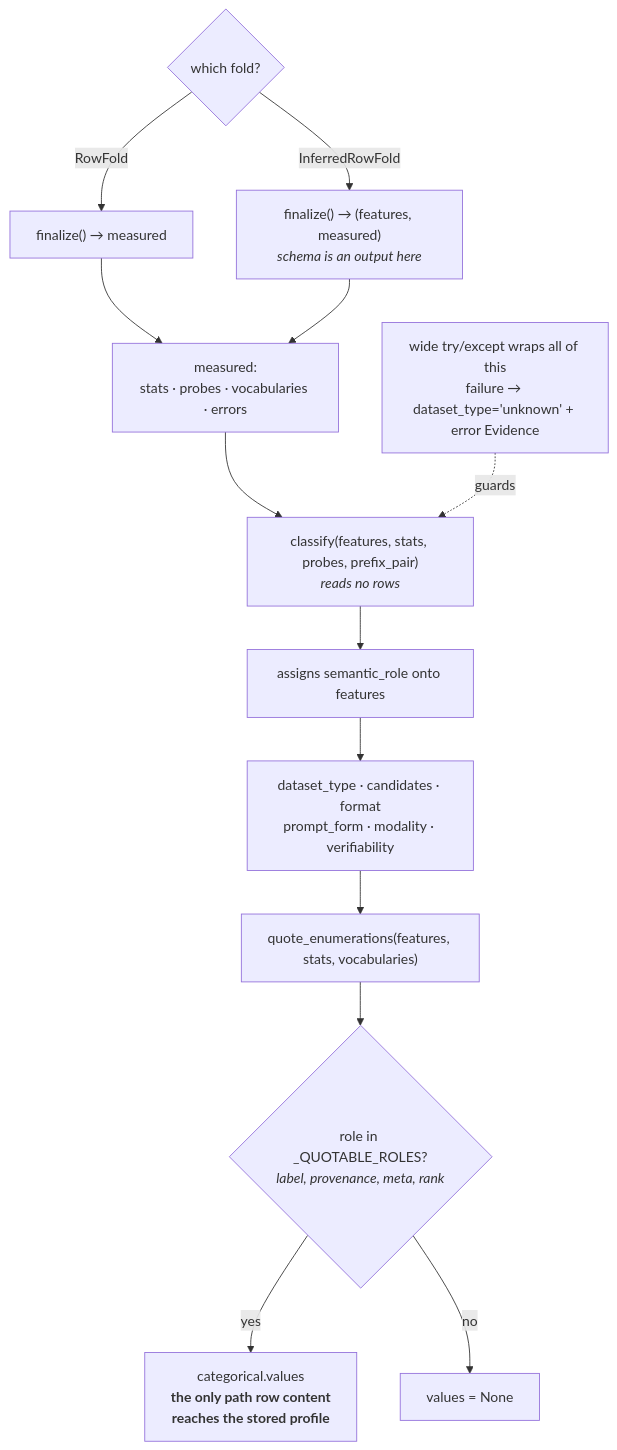
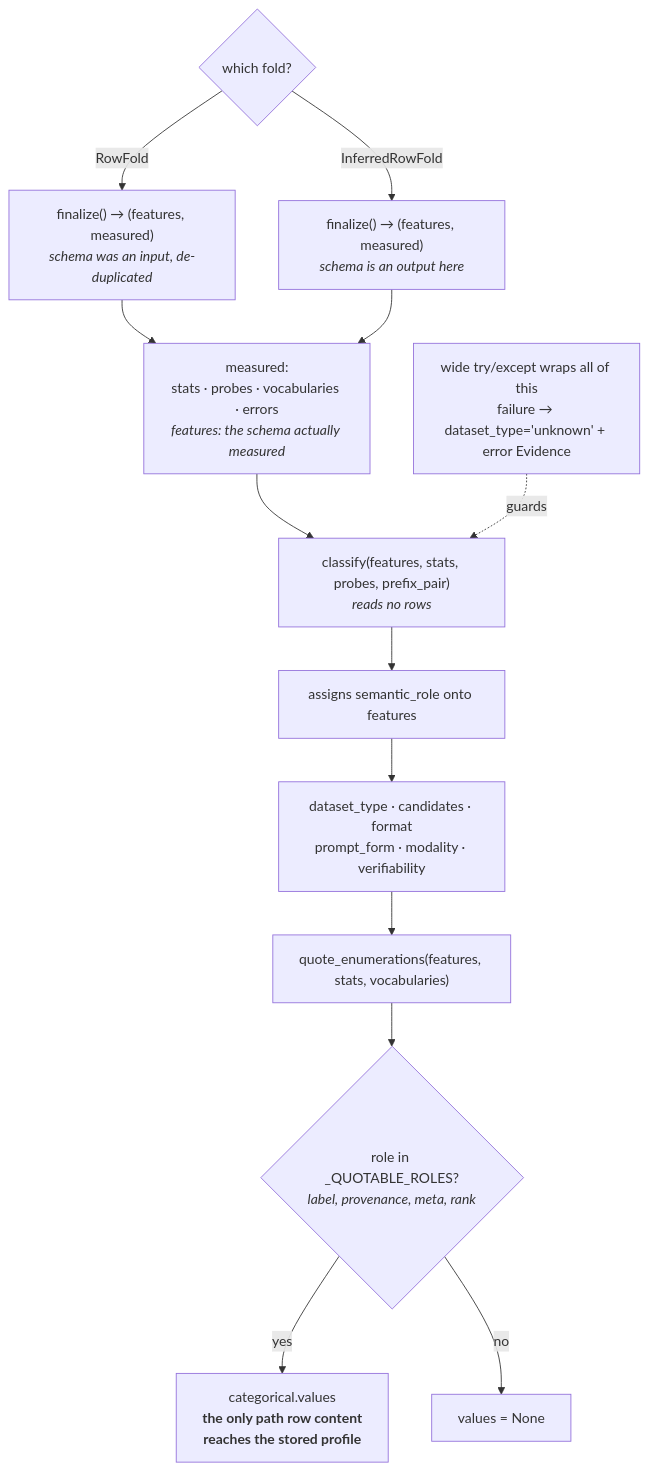
The third of 3 diagrams in plugins/nemo-datasets/README.md (NVIDIA-NeMo/nemo-platform), drawn with Mermaid before and after one commit. The commit also changed other lines of this file, not shown here.

First line of the commit message:
docs(datasets): explain the measurement layer before the diagrams

````diff
--- a/plugins/nemo-datasets/README.md
+++ b/plugins/nemo-datasets/README.md
@@ -132,21 +319,21 @@
 ```mermaid
 flowchart TD
     FIN{"which fold?"}
-    FIN -->|"RowFold"| F1["finalize() → measured"]
+    FIN -->|"RowFold"| F1["finalize() → (features, measured)<br/><i>schema was an input, de-duplicated</i>"]
     FIN -->|"InferredRowFold"| F2["finalize() → (features, measured)<br/><i>schema is an output here</i>"]
 
-    F1 --> M["measured:<br/>stats · probes · vocabularies · errors"]
+    F1 --> M["measured:<br/>stats · probes · vocabularies · errors<br/><i>features: the schema actually measured</i>"]
     F2 --> M
 
     M --> CLS["classify(features, stats, probes, prefix_pair)<br/><i>reads no rows</i>"]
     CLS --> ROLES["assigns semantic_role onto features"]
     ROLES --> AXES["dataset_type · candidates · format<br/>prompt_form · modality · verifiability"]
 
     AXES --> QUOTE["quote_enumerations(features, stats, vocabularies)"]
     QUOTE --> GATE{"role in _QUOTABLE_ROLES?<br/><i>label, provenance, meta, rank</i>"}
     GATE -->|"yes"| VALS["categorical.values<br/><b>the only path row content<br/>reaches the stored profile</b>"]
     GATE -->|"no"| NONE["values = None"]
 
     GUARD["wide try/except wraps all of this<br/>failure → dataset_type='unknown' + error Evidence"]
     GUARD -.->|"guards"| CLS
 ```
````
